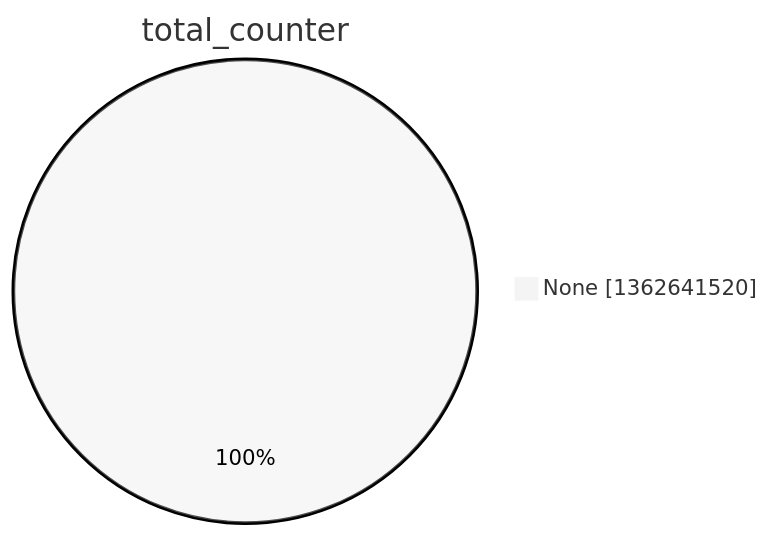
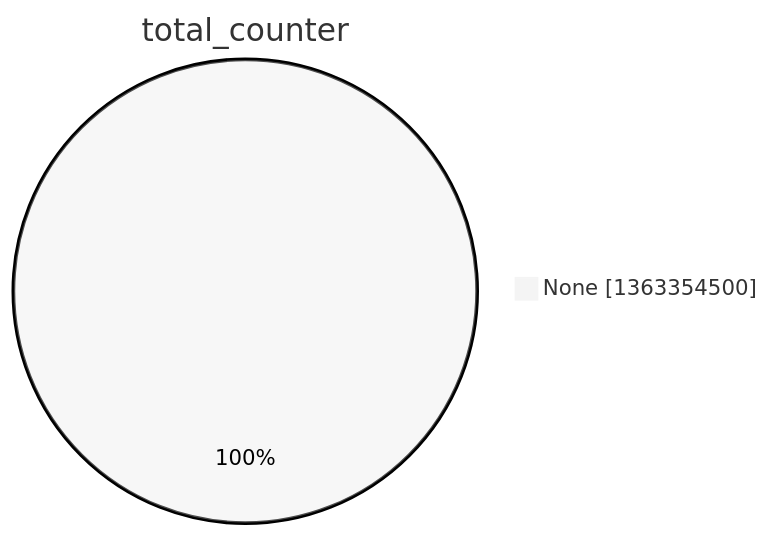
The second of 15 diagrams in argon2022/README.md (christiankrug/ctmonitor_visualization), drawn with Mermaid (neutral theme) before and after one commit. The commit also changed other lines of this file, not shown here.

````diff
--- a/argon2022/README.md
+++ b/argon2022/README.md
@@ -9,5 +9,5 @@
 ```mermaid
 pie showData
 title total_counter
-"None" :1362641520
+"None" :1363354500
 ```
````
